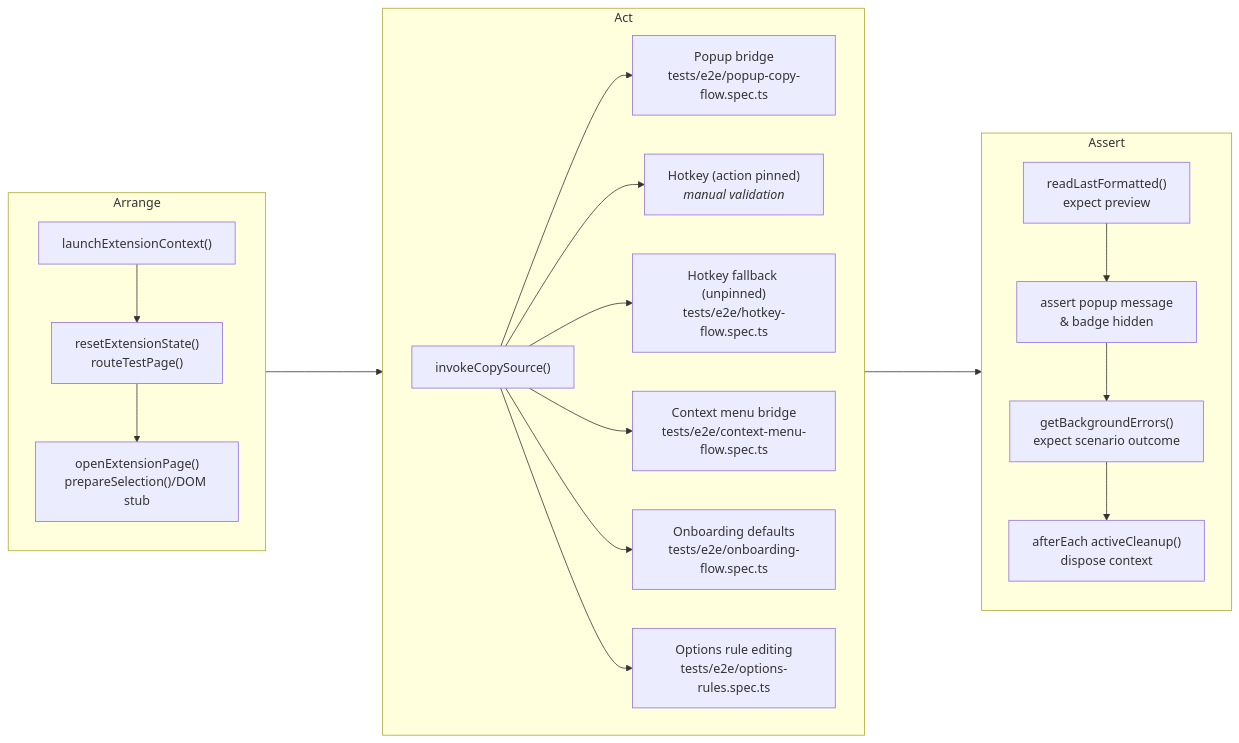
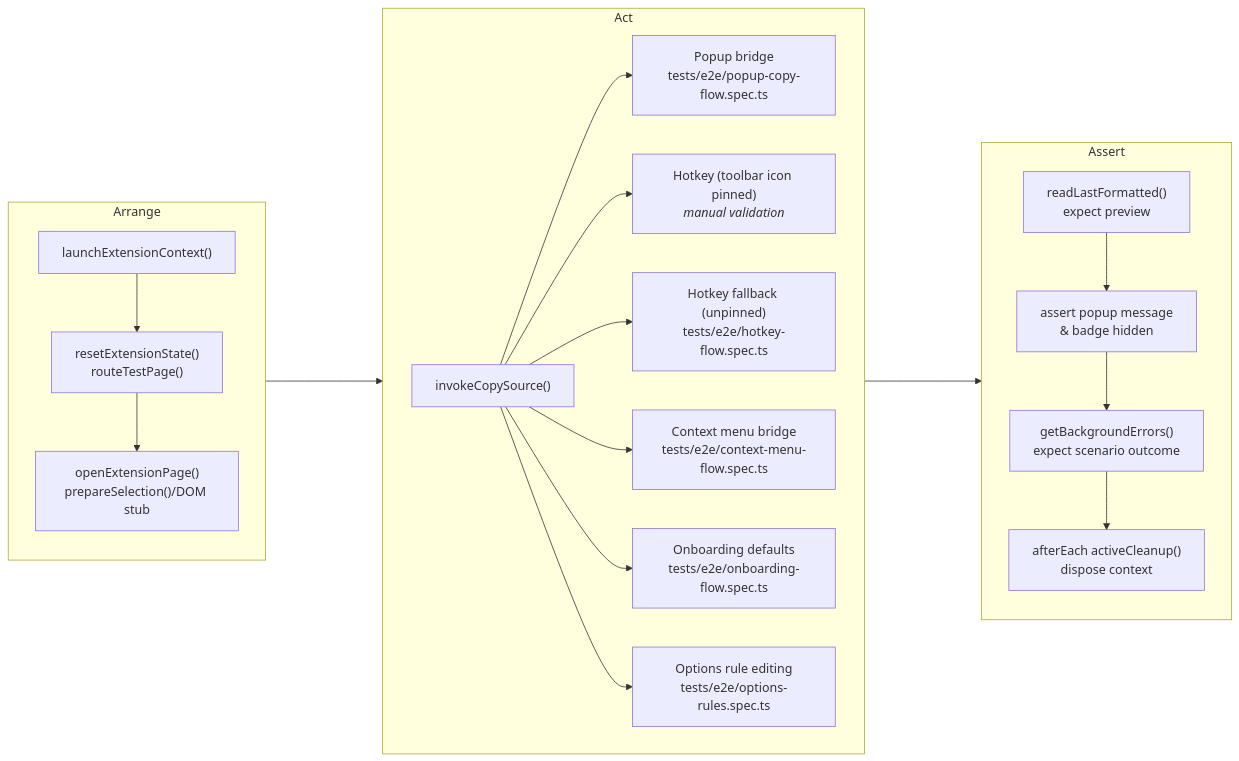
Before and after one commit to PabloLION/MarkQuote: the diagram in docs/dev/test-coverage.md, drawn with Mermaid. The commit also changed other lines of this file, not shown here.

Commit message:
docs(e2e): rephrase pinned icon hotkey flow

````diff
--- a/docs/dev/test-coverage.md
+++ b/docs/dev/test-coverage.md
@@ -26,27 +26,27 @@
 ```mermaid
 flowchart LR
   %% Use IDs so we can link the subgraphs (not their inner nodes)
   subgraph ARR[Arrange]
     direction TB
     A["launchExtensionContext()"] --> B["resetExtensionState()<br/>routeTestPage()"] --> C["openExtensionPage()<br/>prepareSelection()/DOM stub"]
   end
   ARR ----> ACT
 
   subgraph ACT[Act]
     direction LR
     D["invokeCopySource()"]
     D --> D1["Popup bridge<br/>tests/e2e/popup-copy-flow.spec.ts"]
-    D --> D2["Hotkey (action pinned)<br/><em>manual validation</em>"]
+    D --> D2["Hotkey (toolbar icon pinned)<br/><em>manual validation</em>"]
     D --> D3["Hotkey fallback (unpinned)<br/>tests/e2e/hotkey-flow.spec.ts"]
     D --> D4["Context menu bridge<br/>tests/e2e/context-menu-flow.spec.ts"]
     D --> D5["Onboarding defaults<br/>tests/e2e/onboarding-flow.spec.ts"]
     D --> D6["Options rule editing<br/>tests/e2e/options-rules.spec.ts"]
   end
   ACT ----> ASS
 
   subgraph ASS[Assert]
     direction TB
     E["readLastFormatted()<br/>expect preview"] --> F["assert popup message<br/>& badge hidden"] --> G["getBackgroundErrors()<br/>expect scenario outcome"] --> H["afterEach activeCleanup()<br/>dispose context"]
   end
 
 ```
````
